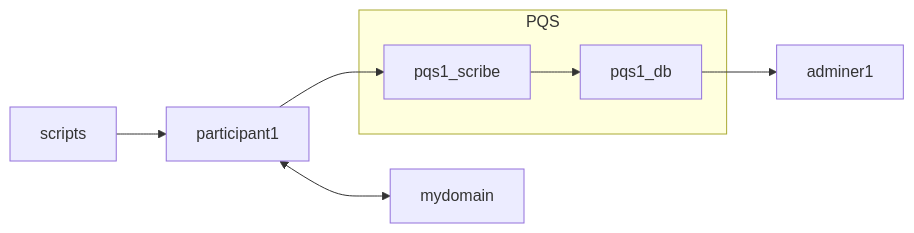
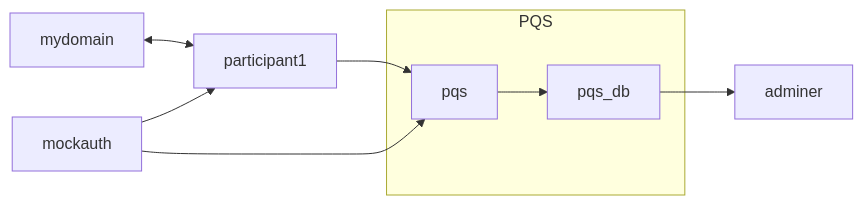
One commit to wallacekelly-da/daml-public-demos changed the diagram in README.md. Above: the diagram before and after it, drawn with Mermaid. The commit also changed other lines of this file and 2 other files, not shown here.

````diff
--- a/README.md
+++ b/README.md
@@ -10,10 +9,11 @@
 ```mermaid
 flowchart LR
-    scripts --> participant1
-    participant1 <--> mydomain
-    participant1 --> pqs1_scribe
+    mydomain <--> participant1
+    mockauth --> participant1
+    mockauth --> pqs
+    participant1 --> pqs
     subgraph PQS
-    pqs1_scribe --> pqs1_db
+    pqs --> pqs_db
     end
-    pqs1_db --> adminer1
+    pqs_db --> adminer
 ```
````
